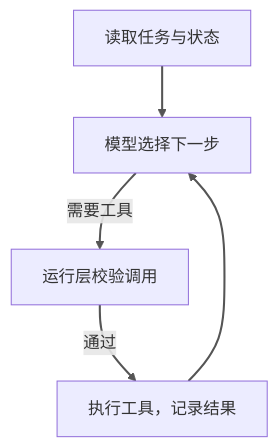
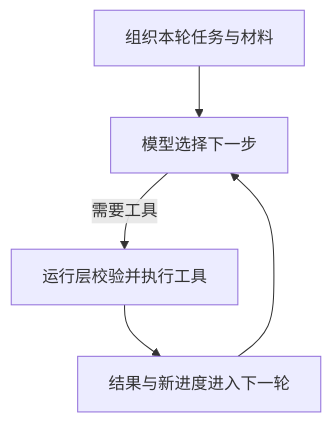
Before and after one commit to junheng/digitalgarden: the first of 2 diagrams in src/site/notes/03 - Resources/Published/Agent 应用指南/01 - Agent 如何工作.md, drawn with Mermaid. The commit also changed other lines of this file and 4 other files, not shown here.

````diff
--- a/src/site/notes/03 - Resources/Published/Agent 应用指南/01 - Agent 如何工作.md
+++ b/src/site/notes/03 - Resources/Published/Agent 应用指南/01 - Agent 如何工作.md
@@ -51,8 +51,7 @@
 ```mermaid
 flowchart TD
-    A["读取任务与状态"] --> B["模型选择下一步"]
-    B -->|需要工具| C["运行层校验调用"]
-    C -->|通过| D["执行工具，记录结果"]
+    A["组织本轮任务与材料"] --> B["模型选择下一步"]
+    B -->|需要工具| C["运行层校验并执行工具"]
+    C --> D["结果与新进度进入下一轮"]
     D --> B
-    linkStyle default stroke:#555,stroke-width:2px;
 ```
````
